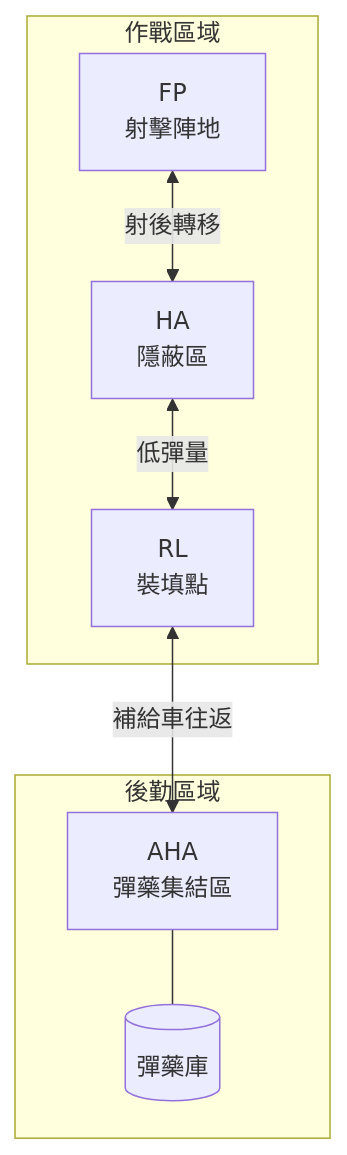
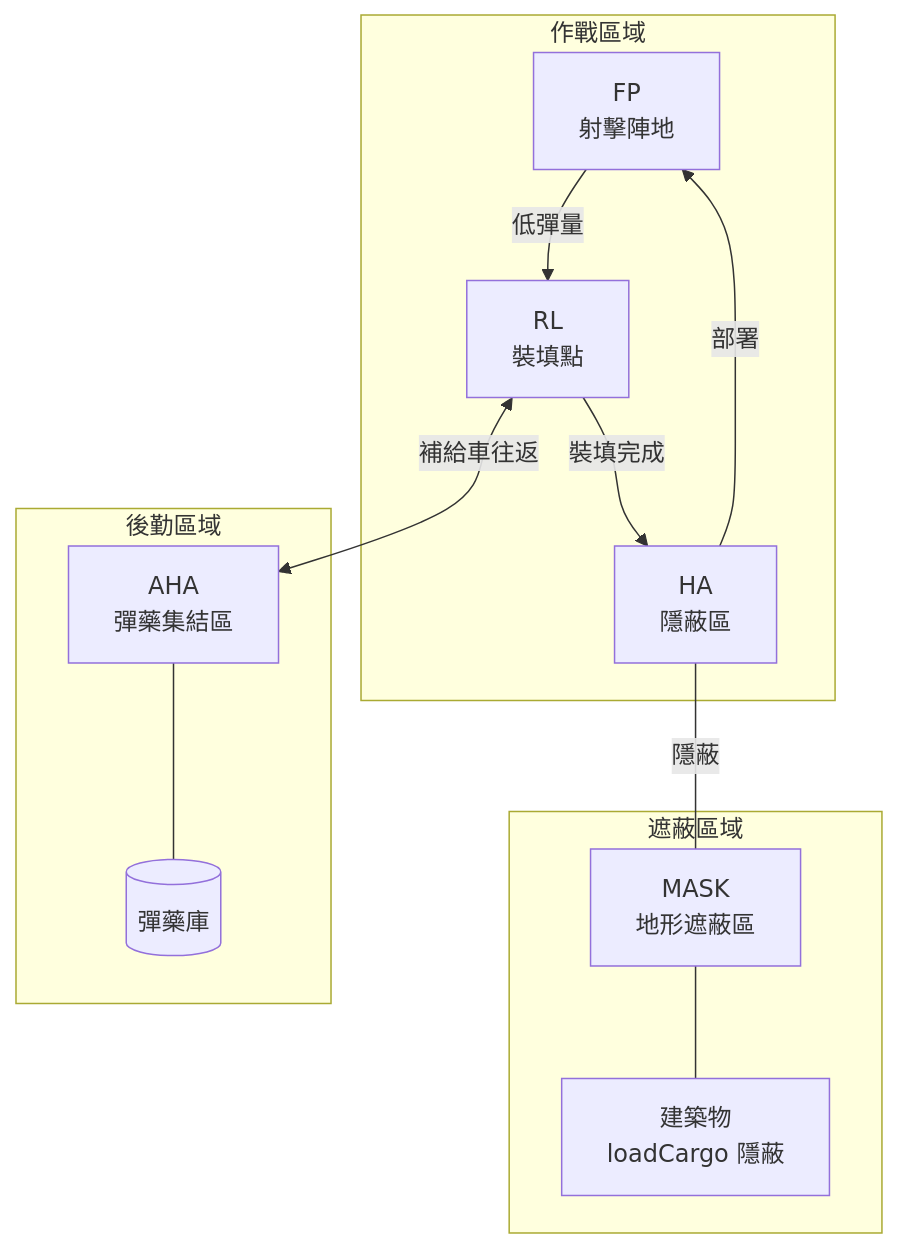
Before and after one commit to pullupjumper/formosa-in-flames: the second of 5 diagrams in docs/missileSystem.md, drawn with Mermaid. The commit also changed other lines of this file and 8 other files, not shown here.

````diff
--- a/docs/missileSystem.md
+++ b/docs/missileSystem.md
@@ -82,18 +83,26 @@
 ```mermaid
 flowchart TB
     subgraph 作戰區域
         FP["FP<br>射擊陣地"]
         HA["HA<br>隱蔽區"]
         RL["RL<br>裝填點"]
     end
 
+    subgraph 遮蔽區域
+        MASK["MASK<br>地形遮蔽區"]
+        BLDG["建築物<br>loadCargo 隱蔽"]
+        MASK --- BLDG
+    end
+
     subgraph 後勤區域
         AHA["AHA<br>彈藥集結區"]
         DEPOT[("彈藥庫")]
     end
 
-    FP <-->|射後轉移| HA
-    HA <-->|低彈量| RL
+    HA -->|部署| FP
+    FP -->|低彈量| RL
+    RL -->|裝填完成| HA
+    HA ---|隱蔽| MASK
     RL <-->|補給車往返| AHA
     AHA --- DEPOT
 ```
````
